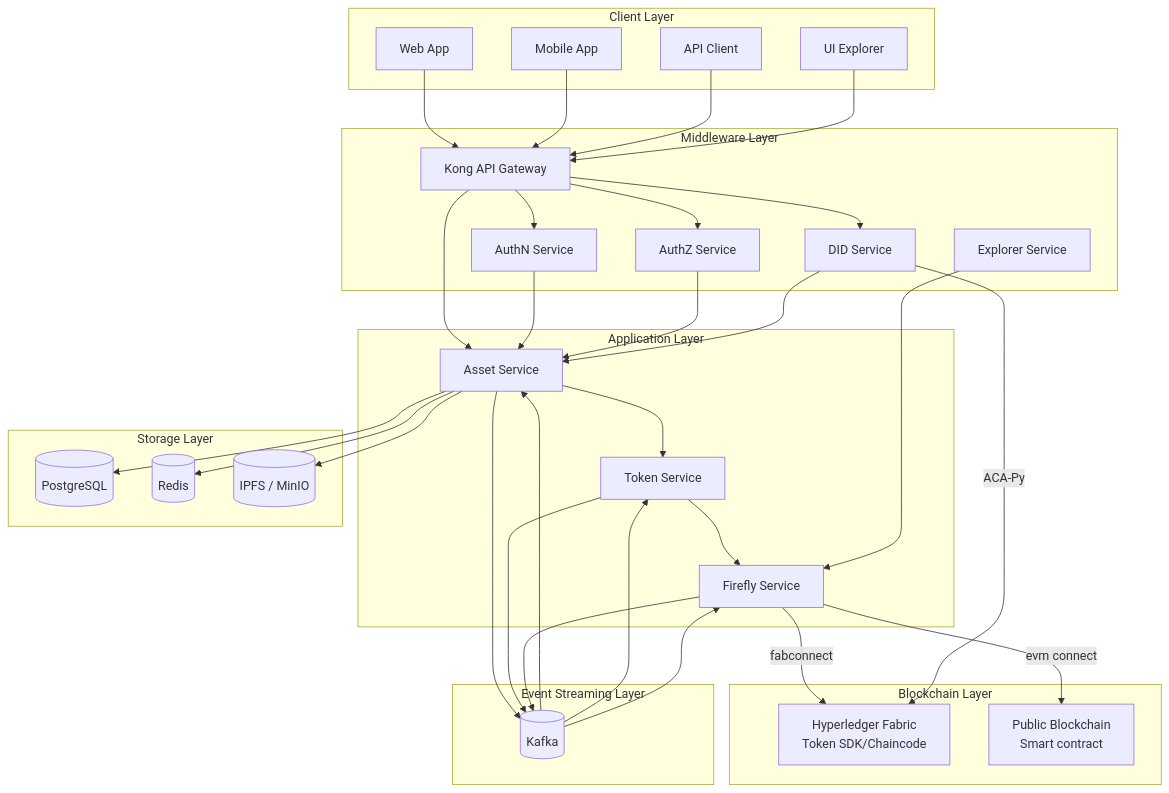
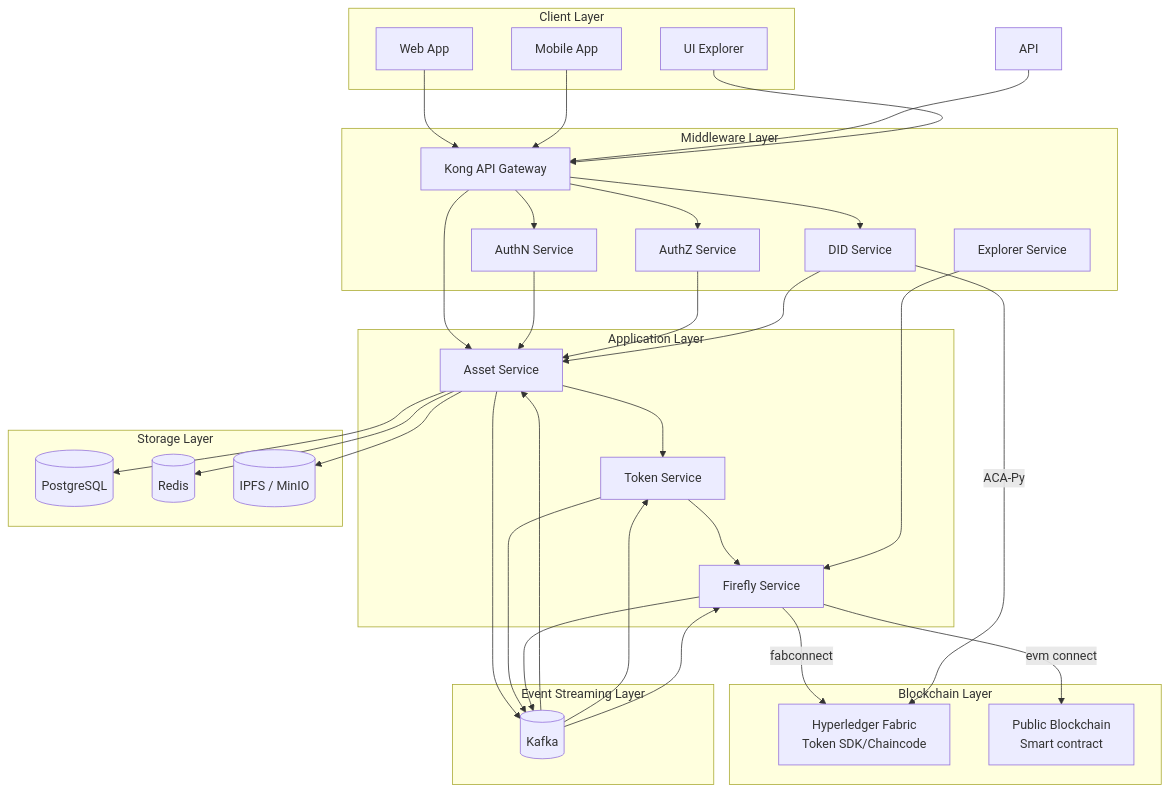
Before and after one commit to metafi-blockchain/metafi-digital-assets-service: the first of 4 diagrams in docs/architecture-design.en.md, drawn with Mermaid.

````diff
--- a/docs/architecture-design.en.md
+++ b/docs/architecture-design.en.md
@@ -19,72 +19,71 @@
 ```mermaid
 graph TD
     subgraph "Client Layer"
         Web[Web App]
         Mobile[Mobile App]
-        API[API Client]
         Explorer[UI Explorer]
     end
 
     subgraph "Middleware Layer"
         Gateway[Kong API Gateway]
         AuthN[AuthN Service]
         AuthZ[AuthZ Service]
         DID["DID Service"]
         ExplorerService[Explorer Service]
     end
 
     subgraph "Application Layer"
         Asset[Asset Service]
         Token[Token Service]
         Firefly[Firefly Service]
 
     end
 
     subgraph "Blockchain Layer"
         Fabric["Hyperledger Fabric<br/>Token SDK/Chaincode"]
         PublicChain[Public Blockchain<br/>  Smart contract]
     end
 
     subgraph "Storage Layer"
         DB[(PostgreSQL)]
         Cache[(Redis)]
         Storage[(IPFS / MinIO)]
     end
 
     subgraph "Event Streaming Layer"
         Kafka[(Kafka)]
     end
 
     Web --> Gateway
     Mobile --> Gateway
     API --> Gateway
     Explorer --> Gateway
 
     Gateway --> AuthN
     Gateway --> AuthZ
     Gateway --> Asset
     Gateway --> DID
 
     AuthN --> Asset
     AuthZ --> Asset
     DID --> Asset
 
     Asset --> Token
     Token --> Firefly
     Firefly --> |fabconnect| Fabric
     Firefly --> |evm connect| PublicChain
 
     Asset --> DB
     Asset --> Cache
     Asset --> Storage
     DID -->|ACA-Py| Fabric
 
     Asset --> Kafka
     Kafka --> Asset
     Token --> Kafka
     Kafka --> Token
     Firefly --> Kafka
     Kafka --> Firefly
 
     ExplorerService --> Firefly
 ```
````
